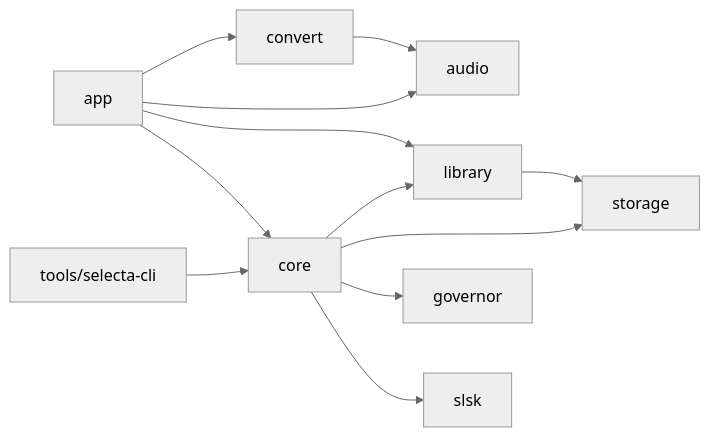
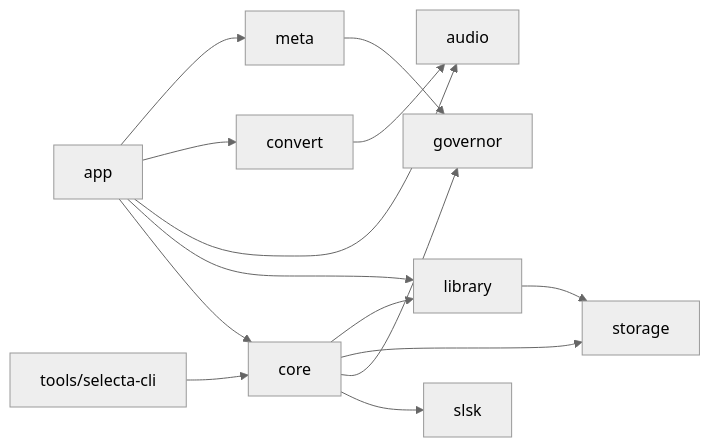
One commit to usr-ein/selecta changed the first of 2 diagrams in docs/PLAN.md. Above: the diagram before and after it, drawn with Mermaid (neutral theme). The commit also changed other lines of this file and 6 other files, not shown here.

````diff
--- a/docs/PLAN.md
+++ b/docs/PLAN.md
@@ -68,14 +71,16 @@
 ```mermaid
 flowchart LR
   app --> core
   app --> library
   app --> audio
   app --> convert
   core --> slsk
   core --> governor
   core --> storage
   core --> library
   library --> storage
   convert --> audio
+  app --> meta
+  meta --> governor
   cli[tools/selecta-cli] --> core
 ```
````
